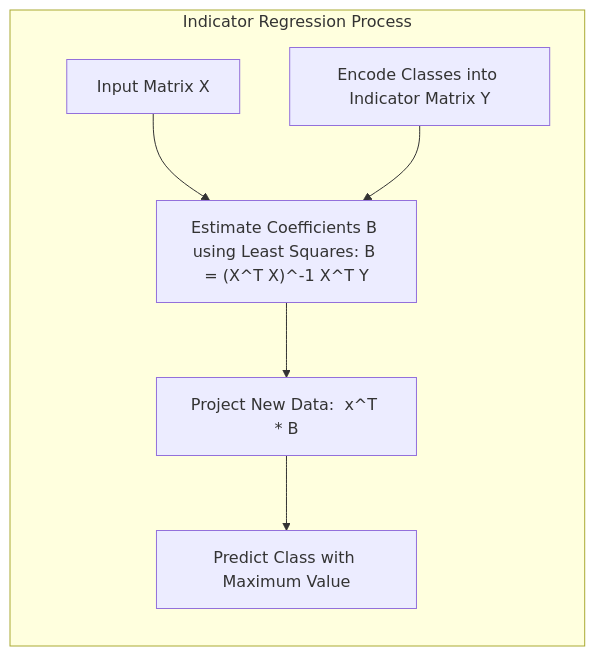
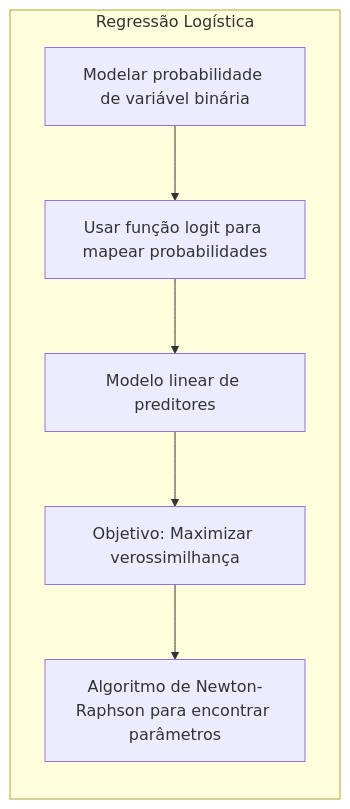
The third of 7 diagrams in 03. Additive Models/01. Generalized Additive Models/01. Concept Overview.md (diegomrodrigues/statistical_learning_notes), drawn with Mermaid before and after one commit. The commit also changed other lines of this file and 228 other files, not shown here.

````diff
--- a/03. Additive Models/01. Generalized Additive Models/01. Concept Overview.md
+++ b/03. Additive Models/01. Generalized Additive Models/01. Concept Overview.md
@@ -137,15 +82,14 @@
 ```mermaid
 graph LR
-    subgraph "Indicator Regression Process"
-        direction TB
-        A["Encode Classes into Indicator Matrix Y"]
-        B["Input Matrix X"]
-        C["Estimate Coefficients B using Least Squares: B = (X^T X)^-1 X^T Y"]
-        D["Project New Data:  x^T * B"]
-        E["Predict Class with Maximum Value"]
+    subgraph "Regressão Logística"
+        A["Modelar probabilidade de variável binária"]
+        B["Usar função logit para mapear probabilidades"]
+        C["Modelo linear de preditores"]
+         D["Objetivo: Maximizar verossimilhança"]
+        E["Algoritmo de Newton-Raphson para encontrar parâmetros"]
+        A --> B
         B --> C
-        A --> C
         C --> D
         D --> E
     end
 ```
````
